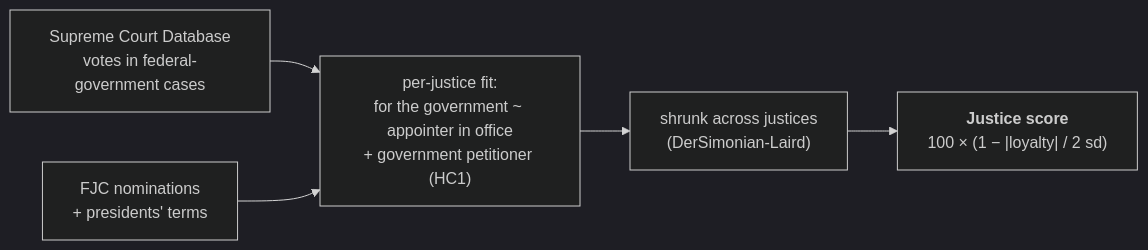
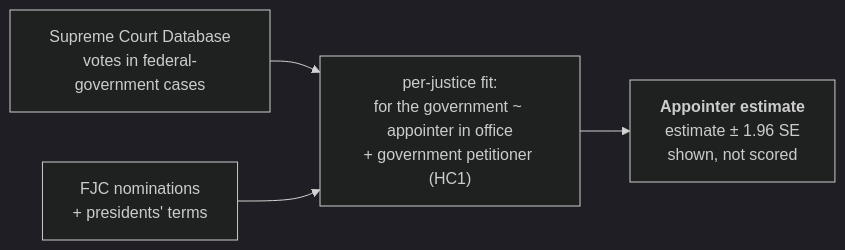
Before and after one commit to kamoras/civitas: the third of 3 diagrams in docs/diagrams/05-scoring.md, drawn with Mermaid (dark theme). The commit also changed other lines of this file and 13 other files, not shown here.

````diff
--- a/docs/diagrams/05-scoring.md
+++ b/docs/diagrams/05-scoring.md
@@ -123,7 +123,6 @@
 ```mermaid
 flowchart LR
     SCDB["Supreme Court Database<br/>votes in federal-government cases"] --> FIT["per-justice fit:<br/>for the government ~ appointer in office<br/>+ government petitioner (HC1)"]
     FJC["FJC nominations<br/>+ presidents' terms"] --> FIT
-    FIT --> SHR["shrunk across justices<br/>(DerSimonian-Laird)"]
-    SHR --> JOVR["<b>Justice score</b><br/>100 × (1 − |loyalty| / 2 sd)"]
+    FIT --> EST["<b>Appointer estimate</b><br/>estimate ± 1.96 SE<br/>shown, not scored"]
 ```
````
